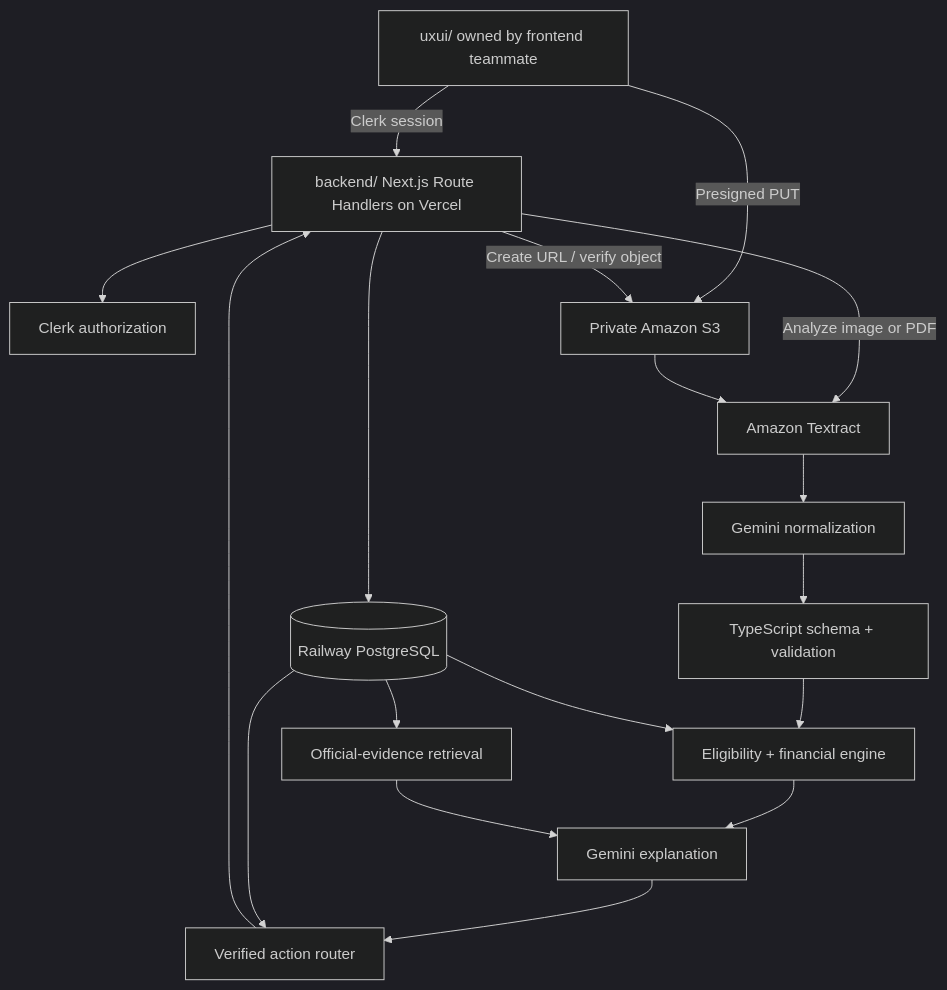
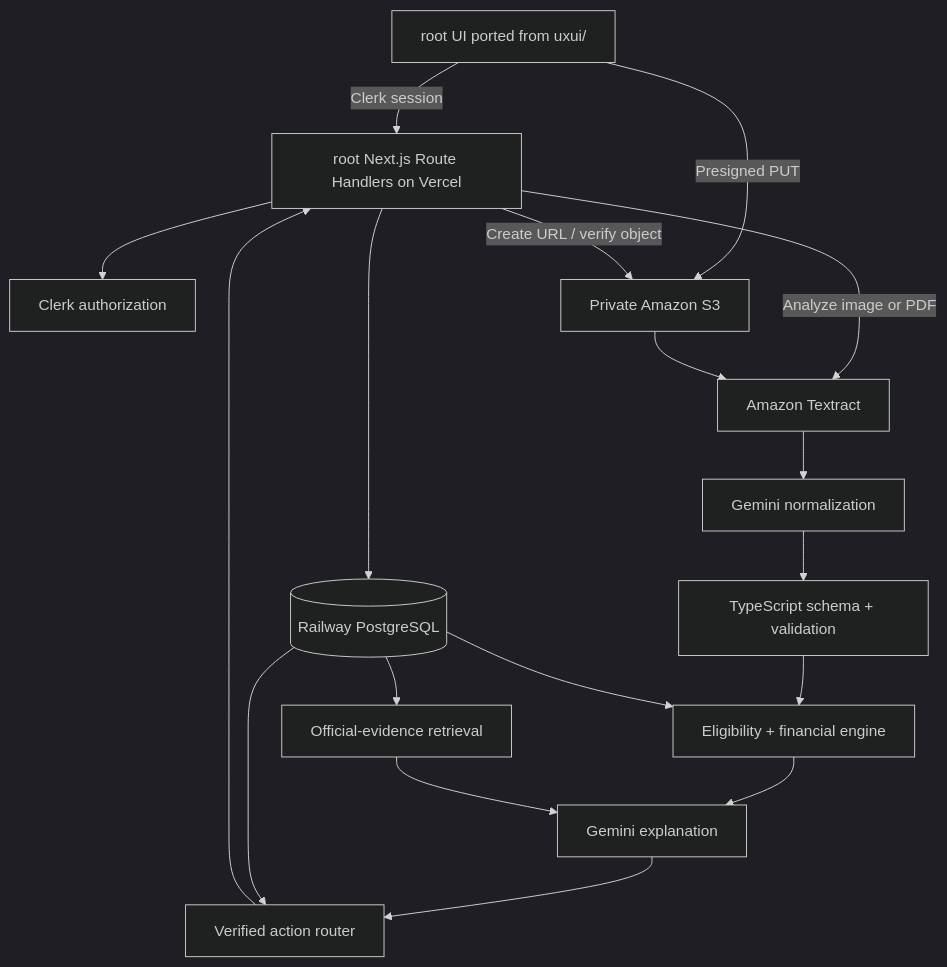
One commit to naik26m3/centennialhacks2026 changed the diagram in docs/PRD.md. Above: the diagram before and after it, drawn with Mermaid (dark theme). The commit also changed other lines of this file and 3 other files, not shown here.

Commit message:
docs: keep backend in root Next app

````diff
--- a/docs/PRD.md
+++ b/docs/PRD.md
@@ -110,22 +110,22 @@
 ```mermaid
 flowchart TB
-    CLIENT["uxui/ owned by frontend teammate"] -->|Clerk session| API["backend/ Next.js Route Handlers on Vercel"]
+    CLIENT["root UI ported from uxui/"] -->|Clerk session| API["root Next.js Route Handlers on Vercel"]
     API --> AUTH["Clerk authorization"]
     API --> DB[("Railway PostgreSQL")]
 
     CLIENT -->|Presigned PUT| S3["Private Amazon S3"]
     API -->|Create URL / verify object| S3
     API -->|Analyze image or PDF| TEXTRACT["Amazon Textract"]
     S3 --> TEXTRACT
     TEXTRACT --> NORMALIZE["Gemini normalization"]
     NORMALIZE --> VALIDATE["TypeScript schema + validation"]
 
     VALIDATE --> RULES["Eligibility + financial engine"]
     DB --> RULES
     DB --> RETRIEVE["Official-evidence retrieval"]
     RULES --> EXPLAIN["Gemini explanation"]
     RETRIEVE --> EXPLAIN
     EXPLAIN --> ROUTER["Verified action router"]
     DB --> ROUTER
     ROUTER --> API
 ```
````
